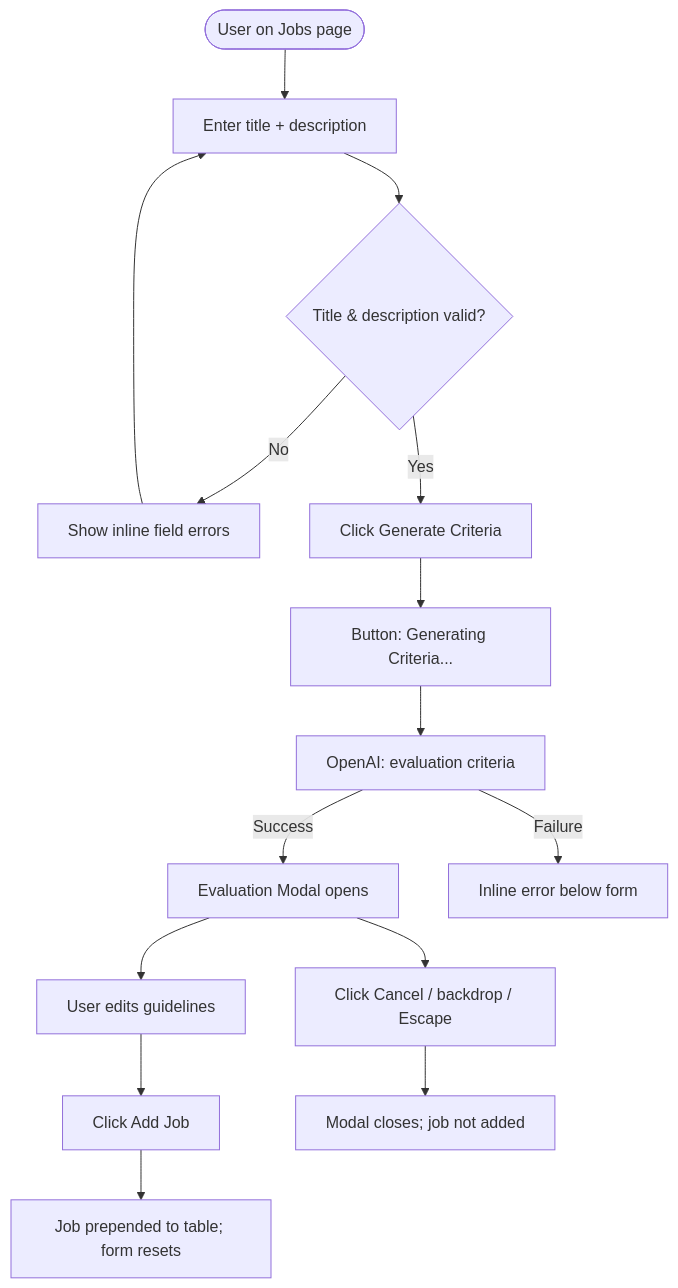
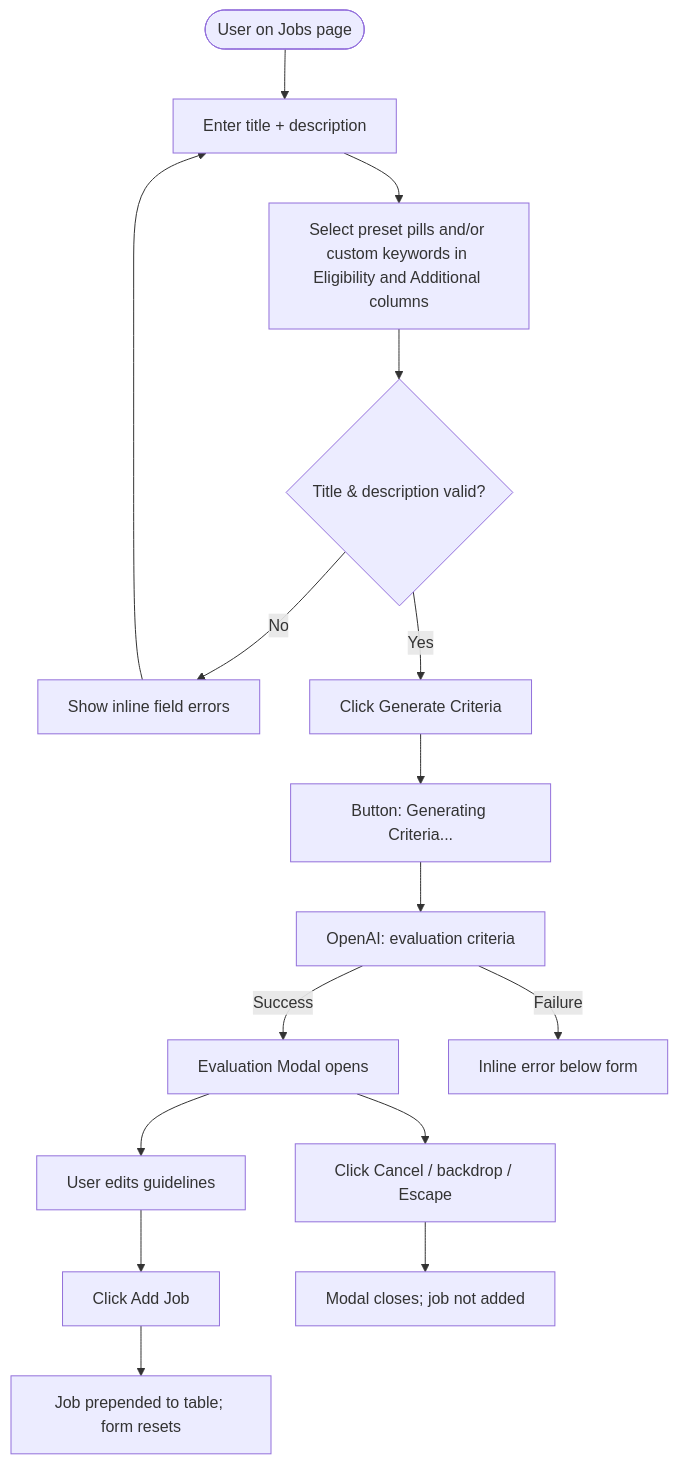
The third of 9 diagrams in UX_FLOW.md (SarthakN/Screening-POC), drawn with Mermaid before and after one commit. The commit also changed other lines of this file and 1 other file, not shown here.

First line of the commit message:
Review and update customer guide and UX flow to match app

````diff
--- a/UX_FLOW.md
+++ b/UX_FLOW.md
@@ -123,17 +126,18 @@
 ```mermaid
 flowchart TD
     Start([User on Jobs page]) --> Fill[Enter title + description]
-    Fill --> Validate{Title & description valid?}
+    Fill --> Pills[Select preset pills and/or custom keywords in Eligibility and Additional columns]
+    Pills --> Validate{Title & description valid?}
     Validate -->|No| InlineErr[Show inline field errors]
     InlineErr --> Fill
     Validate -->|Yes| ClickGen[Click Generate Criteria]
     ClickGen --> Loading[Button: Generating Criteria...]
     Loading --> AICall[OpenAI: evaluation criteria]
     AICall -->|Success| Modal[Evaluation Modal opens]
     AICall -->|Failure| CriteriaErr[Inline error below form]
     Modal --> Edit[User edits guidelines]
     Edit --> Confirm[Click Add Job]
     Confirm --> Added[Job prepended to table; form resets]
     Modal --> Cancel[Click Cancel / backdrop / Escape]
     Cancel --> Dismiss[Modal closes; job not added]
 ```
````
